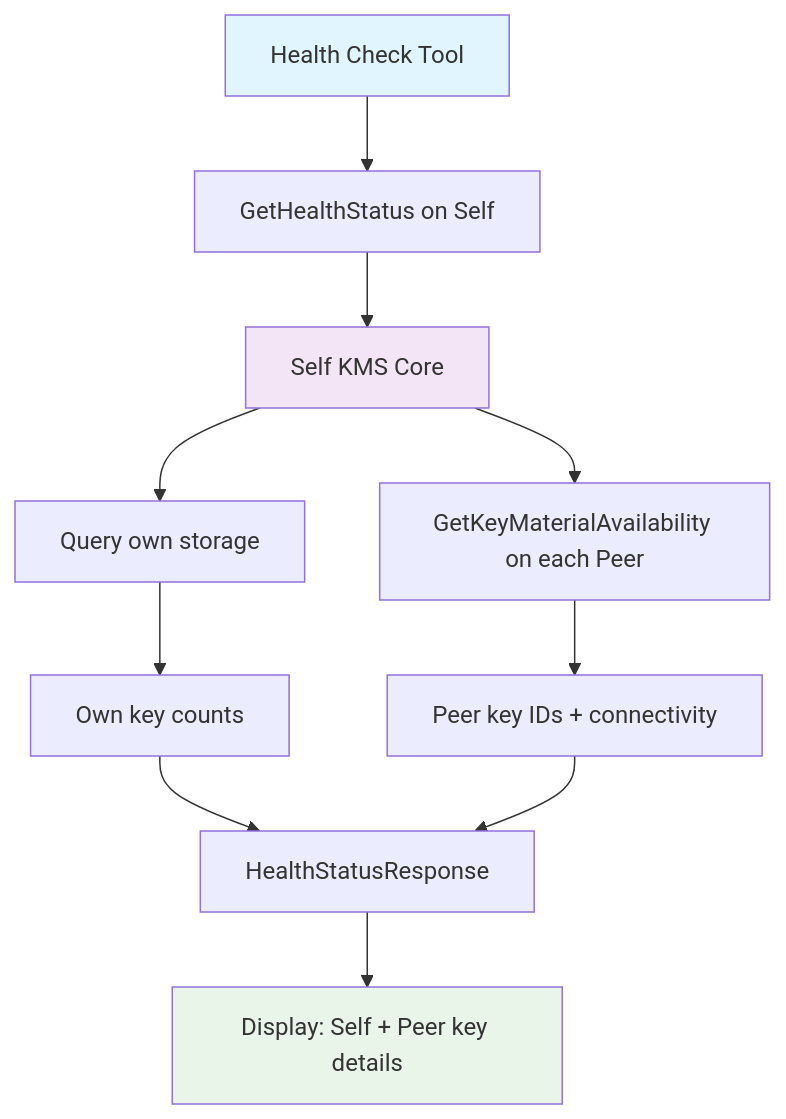
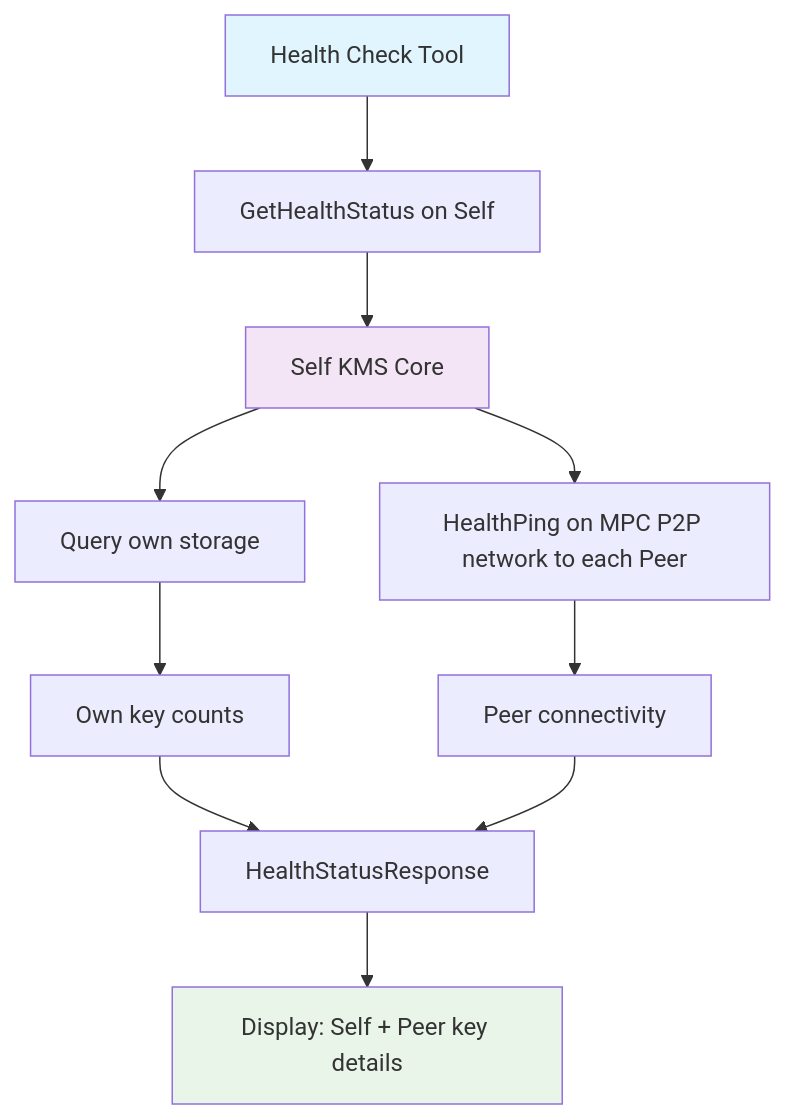
Before and after one commit to zama-ai/kms: the diagram in tools/kms-health-check/README.md, drawn with Mermaid.

Commit message:
chore: update mermaid diagram

````diff
--- a/tools/kms-health-check/README.md
+++ b/tools/kms-health-check/README.md
@@ -167,20 +167,20 @@
 ```mermaid
 graph TD
     A[Health Check Tool] --> B[GetHealthStatus on Self]
 
     B --> C[Self KMS Core]
     C --> D[Query own storage]
-    C --> E[GetKeyMaterialAvailability on each Peer]
+    C --> E[HealthPing on MPC P2P network to each Peer]
 
     D --> F[Own key counts]
-    E --> G[Peer key IDs + connectivity]
+    E --> G[Peer connectivity]
 
     F --> H[HealthStatusResponse]
     G --> H
 
     H --> I[Display: Self + Peer key details]
 
     style A fill:#e1f5fe
     style C fill:#f3e5f5
     style I fill:#e8f5e8
 ```
````
